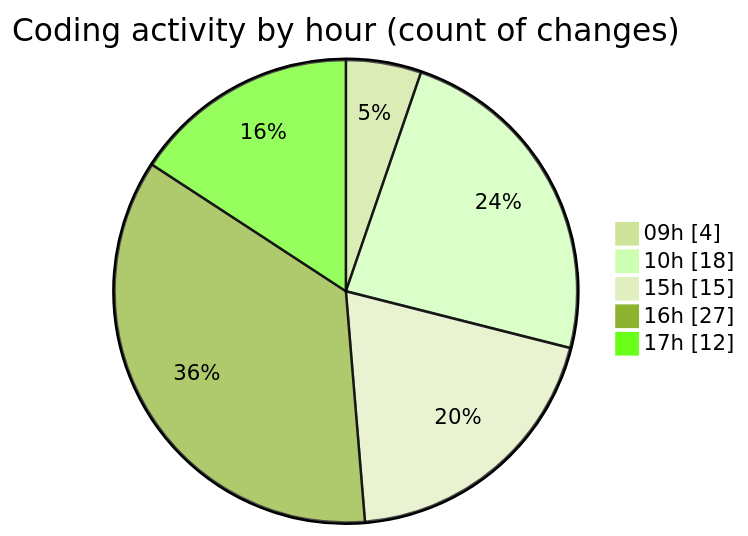
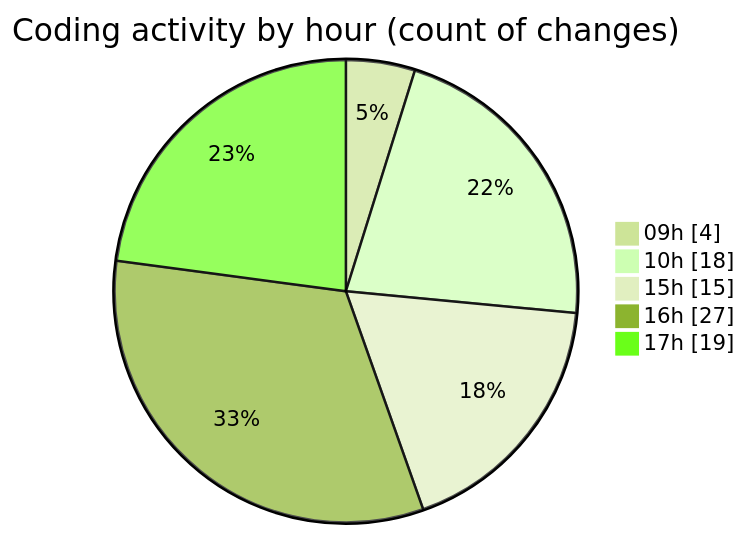
The second of 2 diagrams in 2025-08-20/cda/README.md (momahboobian/code-tracking), drawn with Mermaid (forest theme) before and after one commit. The commit also changed other lines of this file and 1 other file, not shown here.

````diff
--- a/2025-08-20/cda/README.md
+++ b/2025-08-20/cda/README.md
@@ -36,9 +37,9 @@
 ```mermaid
 pie showData
 title Coding activity by hour (count of changes)
 "09h" : 4
 "10h" : 18
 "15h" : 15
 "16h" : 27
-"17h" : 12
+"17h" : 19
 ```
````
